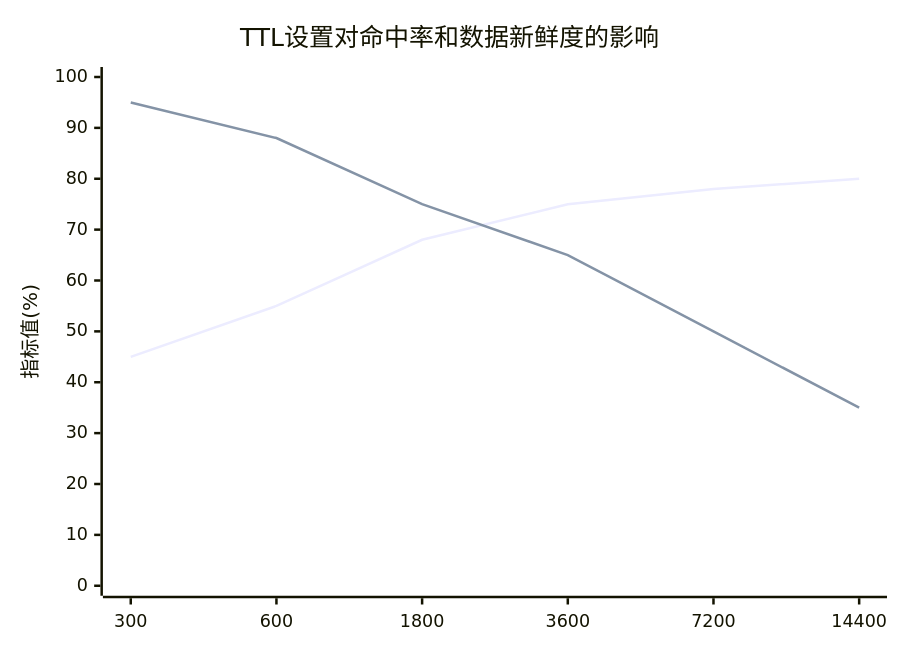
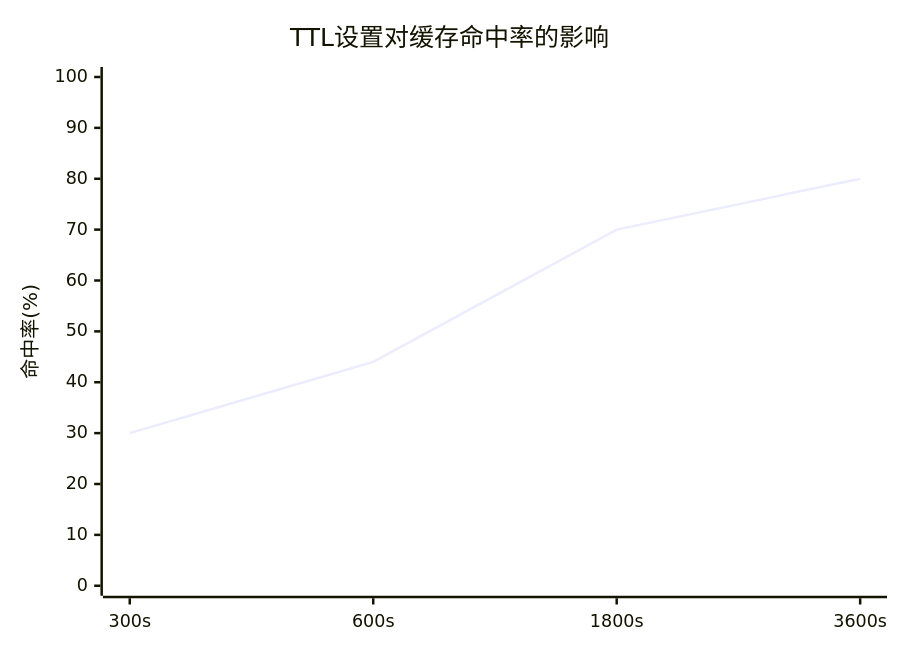
Diagram 17 of 24 in md/第五章-实验与分析.md (crazypenguincode/duckdb), drawn with Mermaid before and after one commit. The commit also changed other lines of this file and 20 other files, not shown here.

````diff
--- a/md/第五章-实验与分析.md
+++ b/md/第五章-实验与分析.md
@@ -1104,8 +1162,7 @@
 ```mermaid
 xychart-beta
-    title "TTL设置对命中率和数据新鲜度的影响"
-    x-axis [300, 600, 1800, 3600, 7200, 14400]
-    y-axis "指标值(%)" 0 --> 100
-    line [45, 55, 68, 75, 78, 80]
-    line [95, 88, 75, 65, 50, 35]
+    title "TTL设置对缓存命中率的影响"
+    x-axis [300s, 600s, 1800s, 3600s]
+    y-axis "命中率(%)" 0 --> 100
+    line [30.0, 44.0, 70.0, 80.0]
 ```
````
